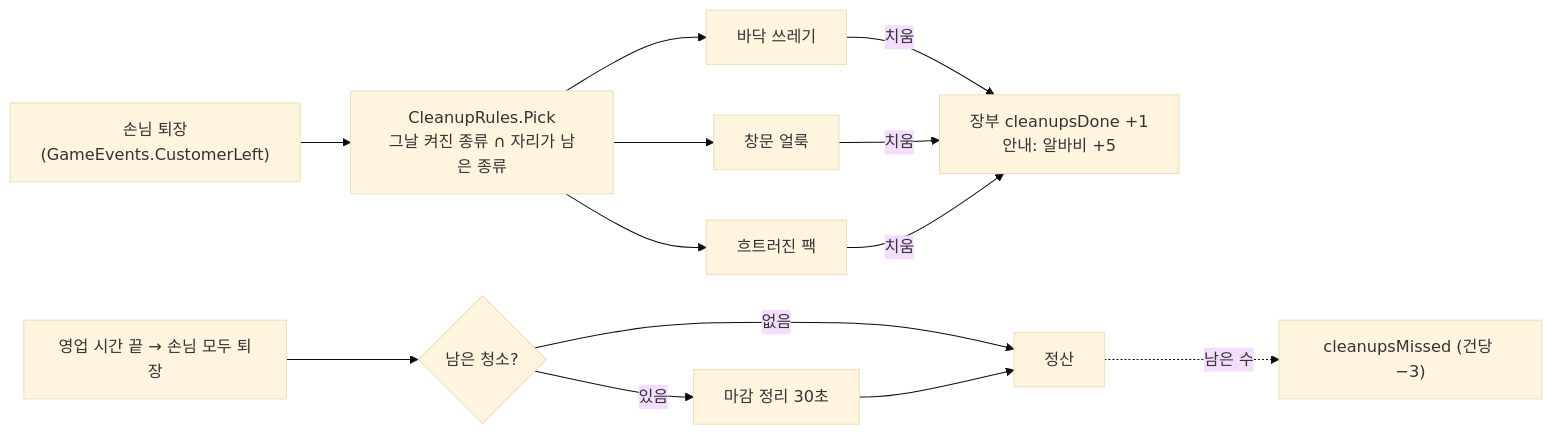
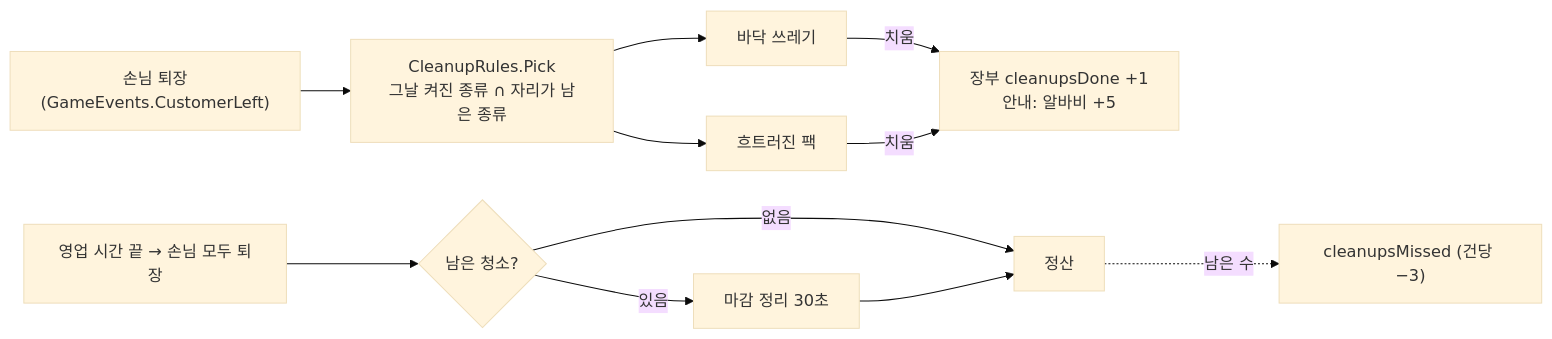
One commit to KooHoo-Dev/3rd-xr-project-pinkshield changed the diagram in Assets/98. Doc/청소시스템_구현_메모.md. Above: the diagram before and after it, drawn with Mermaid (base theme). The commit also changed other lines of this file and 19 other files, not shown here.

````diff
--- a/Assets/98. Doc/청소시스템_구현_메모.md
+++ b/Assets/98. Doc/청소시스템_구현_메모.md
@@ -8,10 +9,10 @@
 ```mermaid
 flowchart LR
     L["손님 퇴장<br/>(GameEvents.CustomerLeft)"] --> P["CleanupRules.Pick<br/>그날 켜진 종류 ∩ 자리가 남은 종류"]
-    P --> T["바닥 쓰레기"] & S["창문 얼룩"] & M["흐트러진 팩"]
-    T & S & M -- "치움" --> D["장부 cleanupsDone +1<br/>안내: 알바비 +5"]
+    P --> T["바닥 쓰레기"] & M["흐트러진 팩"]
+    T & M -- "치움" --> D["장부 cleanupsDone +1<br/>안내: 알바비 +5"]
     E["영업 시간 끝 → 손님 모두 퇴장"] --> C{"남은 청소?"}
     C -- "없음" --> ST["정산"]
     C -- "있음" --> W["마감 정리 30초"] --> ST
     ST -. "남은 수" .-> X["cleanupsMissed (건당 −3)"]
 ```
````
